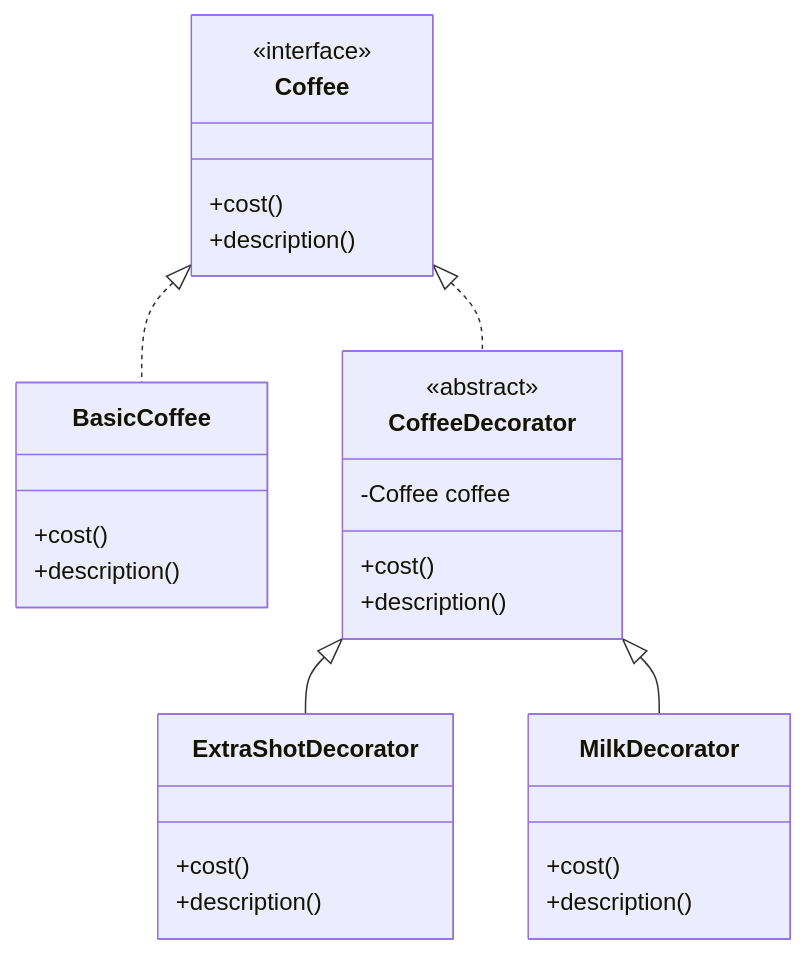
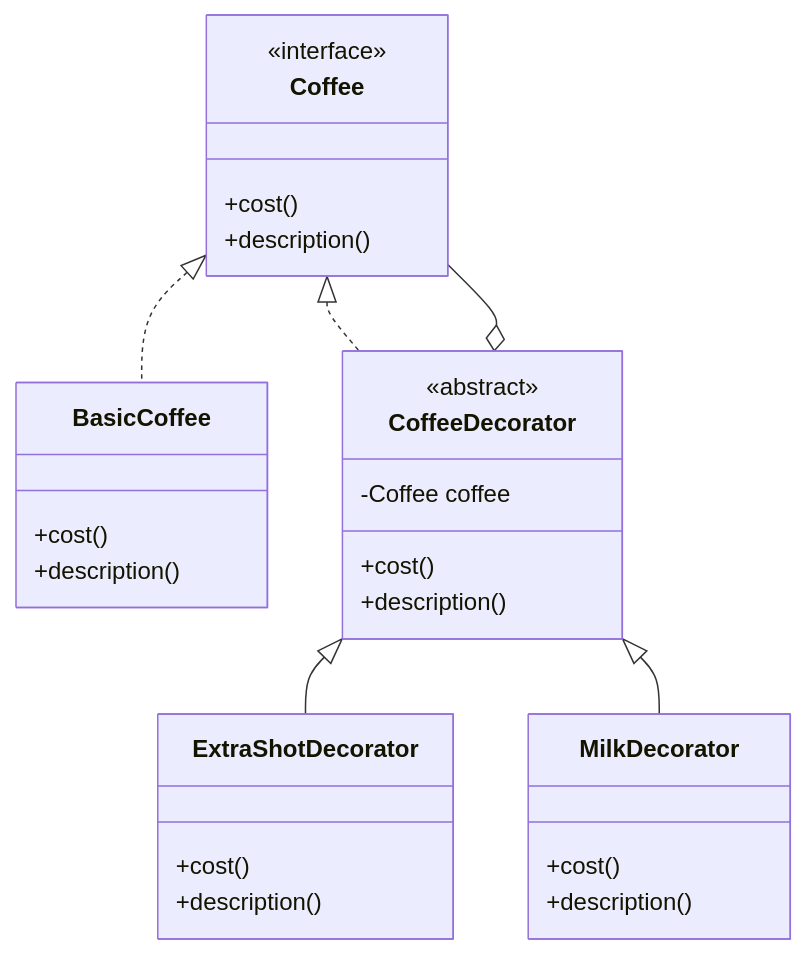
One commit to TechFille006/OOP changed the fifth of 8 diagrams in design_patterns.md. Above: the diagram before and after it, drawn with Mermaid. The commit also changed other lines of this file, not shown here.

````diff
--- a/design_patterns.md
+++ b/design_patterns.md
@@ -147,30 +155,31 @@
 ```mermaid
 classDiagram
     class Coffee {
         <<interface>>
         +cost()
         +description()
     }
     class BasicCoffee {
         +cost()
         +description()
     }
     class CoffeeDecorator {
         <<abstract>>
         -Coffee coffee
         +cost()
         +description()
     }
     class ExtraShotDecorator {
         +cost()
         +description()
     }
     class MilkDecorator {
         +cost()
         +description()
     }
     Coffee <|.. BasicCoffee
     Coffee <|.. CoffeeDecorator
     CoffeeDecorator <|-- ExtraShotDecorator
     CoffeeDecorator <|-- MilkDecorator
+    CoffeeDecorator o-- Coffee
 ```
````
